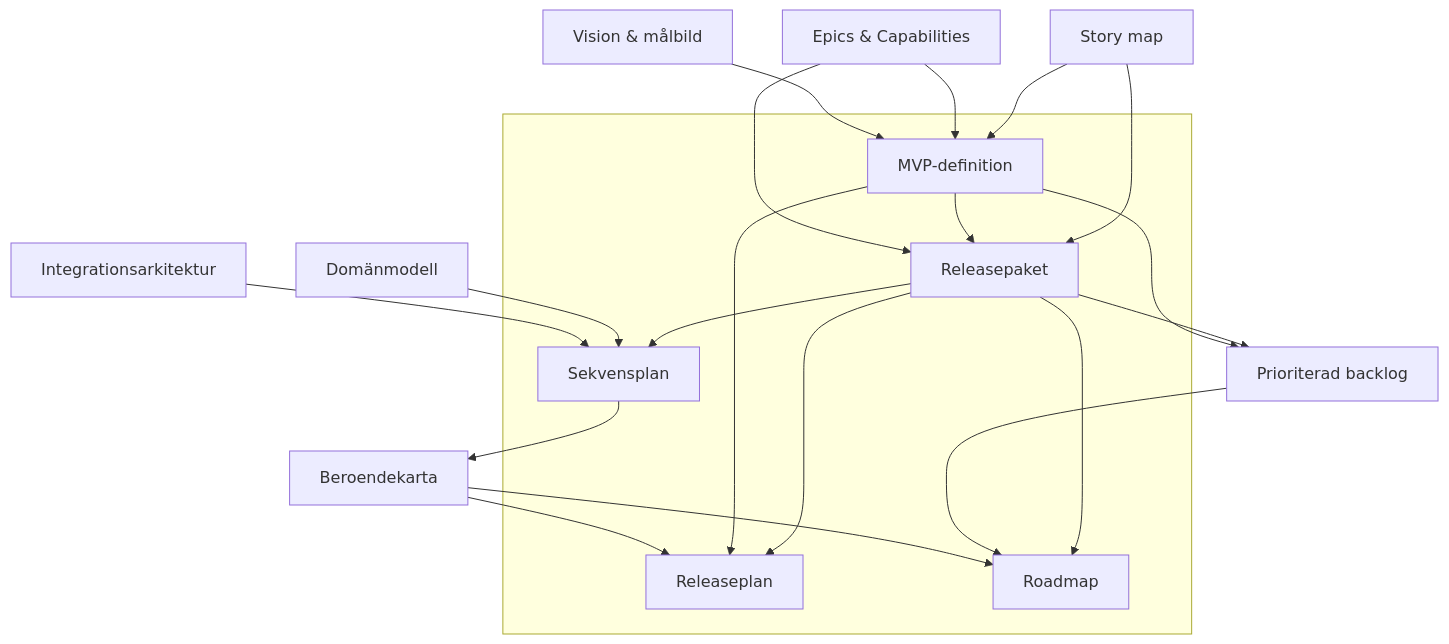
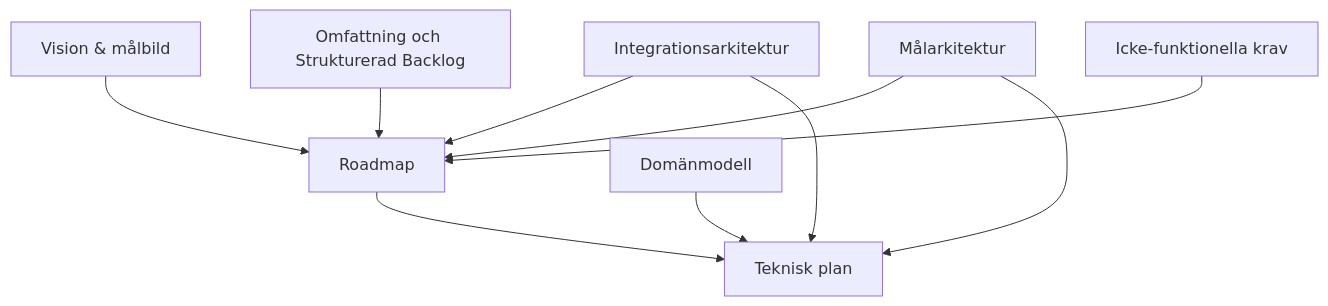
One commit to Riniga/valuestream-os changed the third of 5 diagrams in framework/standard/artifacts/Artifacts.md. Above: the diagram before and after it, drawn with Mermaid. The commit also changed other lines of this file and 21 other files, not shown here.

````diff
--- a/framework/standard/artifacts/Artifacts.md
+++ b/framework/standard/artifacts/Artifacts.md
@@ -122,47 +56,21 @@
 ```mermaid
 flowchart
-  subgraph mal[" "]
-    MP["MVP-definition"]
-    RP["Releasepaket"]
-    RPl["Releaseplan"]
-    RM["Roadmap"]
-    SP["Sekvensplan"]
-  end
+RM["Roadmap"]
+TP["Teknisk plan"]
+VM["Vision & målbild"]
+OSB["Omfattning och Strukturerad Backlog"]
+DM["Domänmodell"]
+IA["Integrationsarkitektur"]
+MA["Målarkitektur"]
+NFR["Icke-funktionella krav"]
 
-  SM["Story map"]
-  EC["Epics & Capabilities"]
-  VM["Vision & målbild"]
-  BK["Beroendekarta"]
-  PB["Prioriterad backlog"]
-
-  DM["Domänmodell"]
-  IA["Integrationsarkitektur"]
-
-
-  SM --> MP
-  EC --> MP
-  VM --> MP
-  SM --> RP
-  MP --> RP
-  EC --> RP
-  RP --> RPl
-  MP --> RPl
-  BK --> RPl
-  RP --> RM
-  PB --> RM
-  BK --> RM
-  RP --> PB
-
-  MP --> PB
-
-  RP --> SP
-  DM --> SP
-  IA --> SP
-
-  SP --> BK
-
-
-
-
-
+VM --> RM
+OSB --> RM
+MA --> RM
+IA --> RM
+NFR --> RM
+RM --> TP
+DM --> TP
+IA --> TP
+MA --> TP
 ```
````
